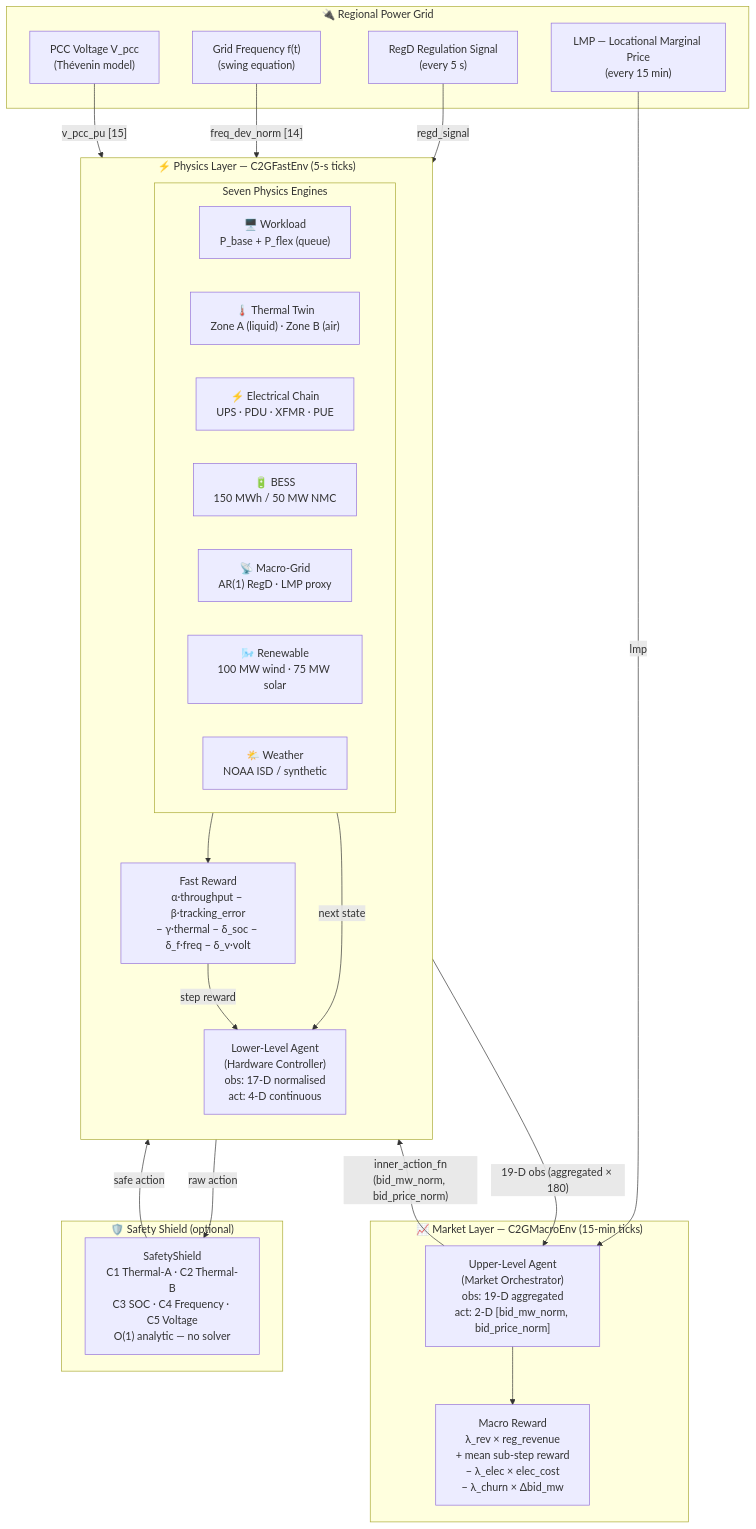
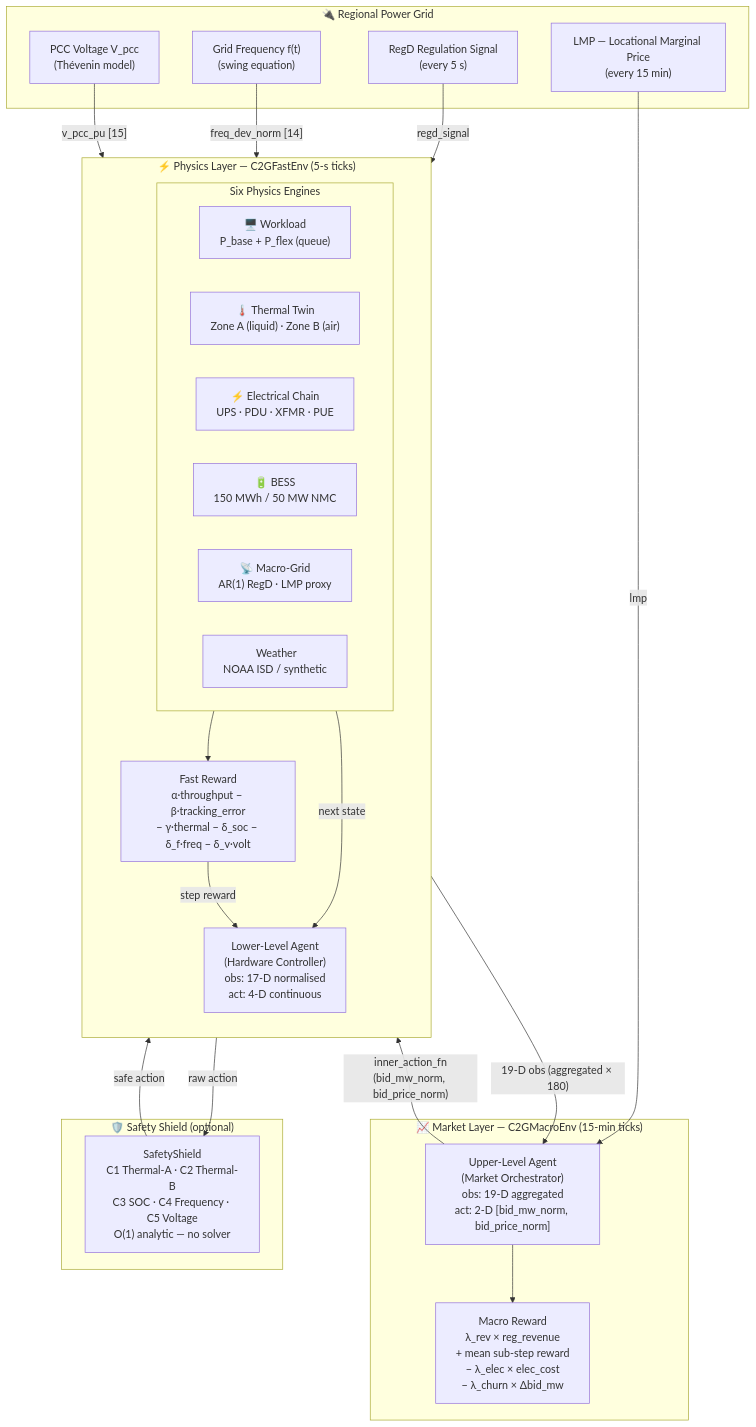
Before and after one commit to HewlettPackard/c2g-bench: the second of 9 diagrams in README.md, drawn with Mermaid. The commit also changed other lines of this file and 18 other files, not shown here.

````diff
--- a/README.md
+++ b/README.md
@@ -377,49 +377,48 @@
 ```mermaid
 flowchart TD
     subgraph GRID["🔌 Regional Power Grid"]
         G1["RegD Regulation Signal\n(every 5 s)"]
         G2["LMP — Locational Marginal Price\n(every 15 min)"]
         G3["Grid Frequency f(t)\n(swing equation)"]
         G4["PCC Voltage V_pcc\n(Thévenin model)"]
     end
 
     subgraph MARKET["📈 Market Layer — C2GMacroEnv (15-min ticks)"]
         MA["Upper-Level Agent\n(Market Orchestrator)\nobs: 19-D aggregated\nact: 2-D [bid_mw_norm, bid_price_norm]"]
         MR["Macro Reward\nλ_rev × reg_revenue\n+ mean sub-step reward\n− λ_elec × elec_cost\n− λ_churn × Δbid_mw"]
     end
 
     subgraph FAST["⚡ Physics Layer — C2GFastEnv (5-s ticks)"]
         direction TB
         FA["Lower-Level Agent\n(Hardware Controller)\nobs: 17-D normalised\nact: 4-D continuous"]
 
-        subgraph SIM["Seven Physics Engines"]
+        subgraph SIM["Six Physics Engines"]
             S1["🖥️ Workload\nP_base + P_flex (queue)"]
             S2["🌡️ Thermal Twin\nZone A (liquid) · Zone B (air)"]
             S3["⚡ Electrical Chain\nUPS · PDU · XFMR · PUE"]
             S4["🔋 BESS\n150 MWh / 50 MW NMC"]
             S5["📡 Macro-Grid\nAR(1) RegD · LMP proxy"]
-            S6["🌬️ Renewable\n100 MW wind · 75 MW solar"]
-            S7["🌤️ Weather\nNOAA ISD / synthetic"]
+            S6["️ Weather\nNOAA ISD / synthetic"]
         end
 
         FR["Fast Reward\nα·throughput − β·tracking_error\n− γ·thermal − δ_soc − δ_f·freq − δ_v·volt"]
     end
 
     subgraph SAFETY["🛡️ Safety Shield (optional)"]
         SH["SafetyShield\nC1 Thermal-A · C2 Thermal-B\nC3 SOC · C4 Frequency · C5 Voltage\nO(1) analytic — no solver"]
     end
 
     G1 -->|"regd_signal"| FA
     G2 -->|"lmp"| MA
     G3 -->|"freq_dev_norm [14]"| FA
     G4 -->|"v_pcc_pu [15]"| FA
 
     MA -->|"inner_action_fn\n(bid_mw_norm, bid_price_norm)"| FA
     FA -->|"raw action"| SH
     SH -->|"safe action"| SIM
     SIM -->|"next state"| FA
     SIM --> FR
     FR -->|"step reward"| FA
     FA -->|"19-D obs (aggregated × 180)"| MA
     MA --> MR
 ```
````
